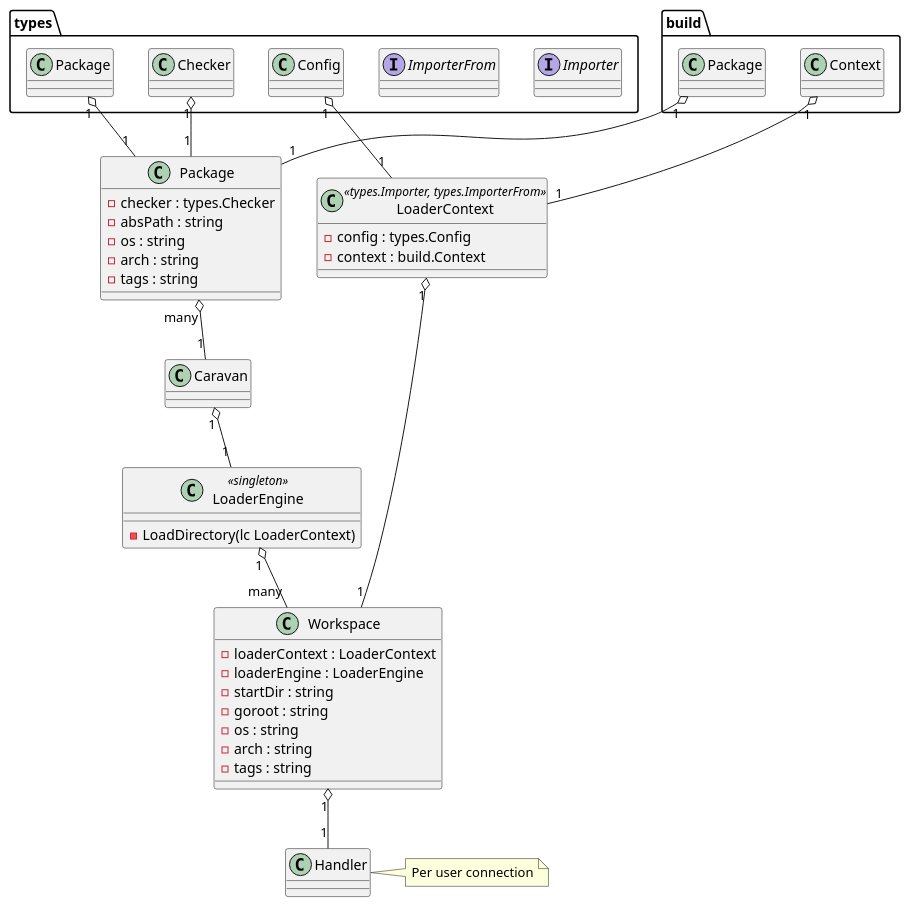
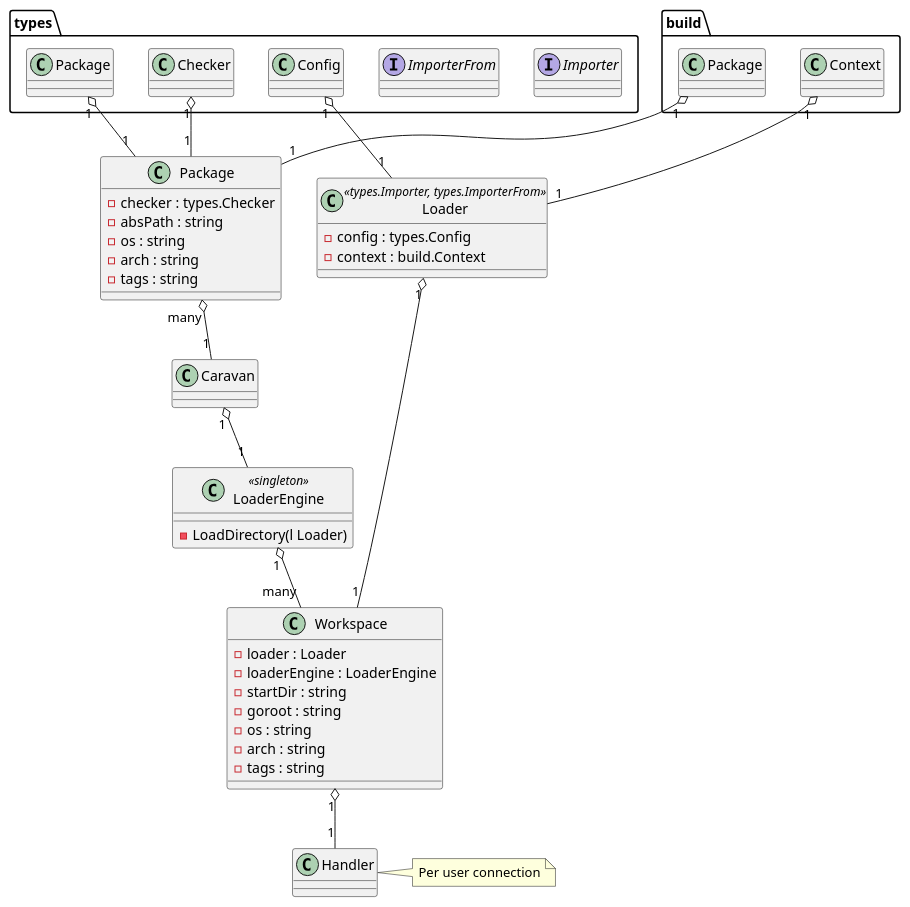
Before and after one commit to object88/langd: the diagram in diagrams/diagram.wsd, drawn with PlantUML. The commit also changed 23 other files, not shown here.

Commit message:
Rename LoaderContext to Loader

```diff
--- a/diagrams/diagram.wsd
+++ b/diagrams/diagram.wsd
@@ -1,47 +1,47 @@
 @startuml langd
 
 interface types.Importer
 interface types.ImporterFrom
 
 class Handler
 note right: Per user connection
 
 class LoaderEngine << singleton >> {
-	- LoadDirectory(lc LoaderContext)
+	- LoadDirectory(l Loader)
 }
 
-class LoaderContext << types.Importer, types.ImporterFrom >> {
+class Loader << types.Importer, types.ImporterFrom >> {
 	- config : types.Config
 	- context : build.Context
 }
 
 class Package {
 	- checker : types.Checker
 	- absPath : string
 	- os : string
 	- arch : string
 	- tags : string
 }
 
 class Workspace {
-	- loaderContext : LoaderContext
+	- loader : Loader
 	- loaderEngine : LoaderEngine
 	- startDir : string
 	- goroot : string
 	- os : string
 	- arch : string
 	- tags : string
 }
 
 Workspace "1" o-- "1" Handler
-LoaderContext "1" o-- "1" Workspace
+Loader "1" o-- "1" Workspace
 LoaderEngine "1" o-- "many" Workspace
-types.Config "1" o-- "1" LoaderContext
+types.Config "1" o-- "1" Loader
 types.Checker "1" o-- "1" Package
 types.Package "1" o-- "1" Package
 build.Package "1" o-- "1" Package
 Package "many" o-- "1" Caravan
 Caravan "1" o-- "1" LoaderEngine
-build.Context "1" o-- "1" LoaderContext
+build.Context "1" o-- "1" Loader
 
 @enduml
```
